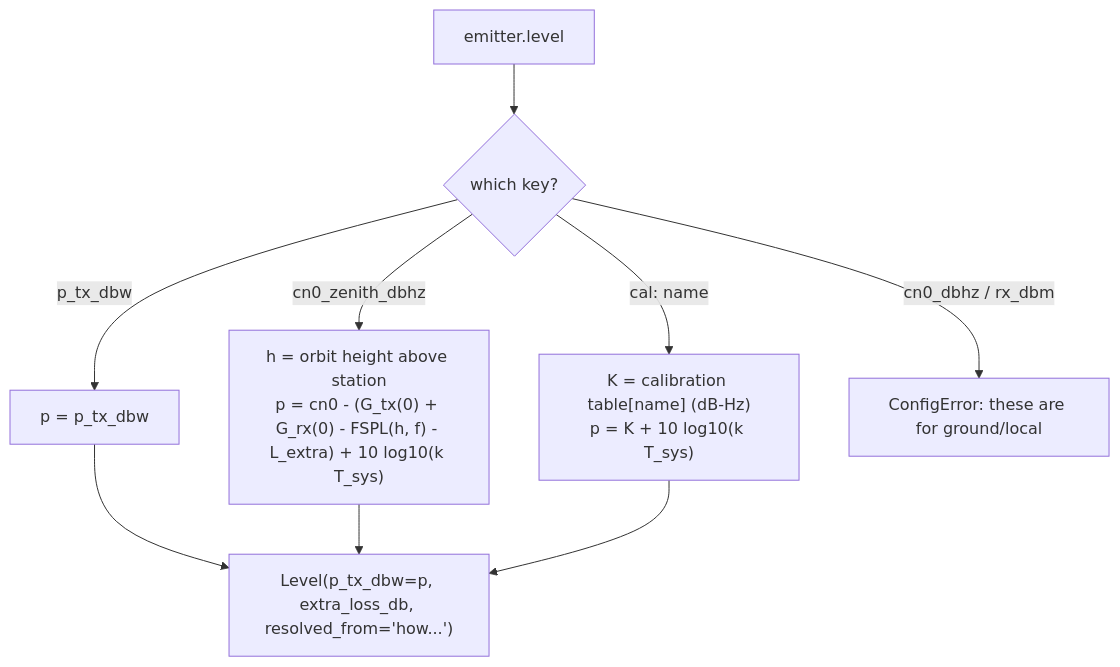
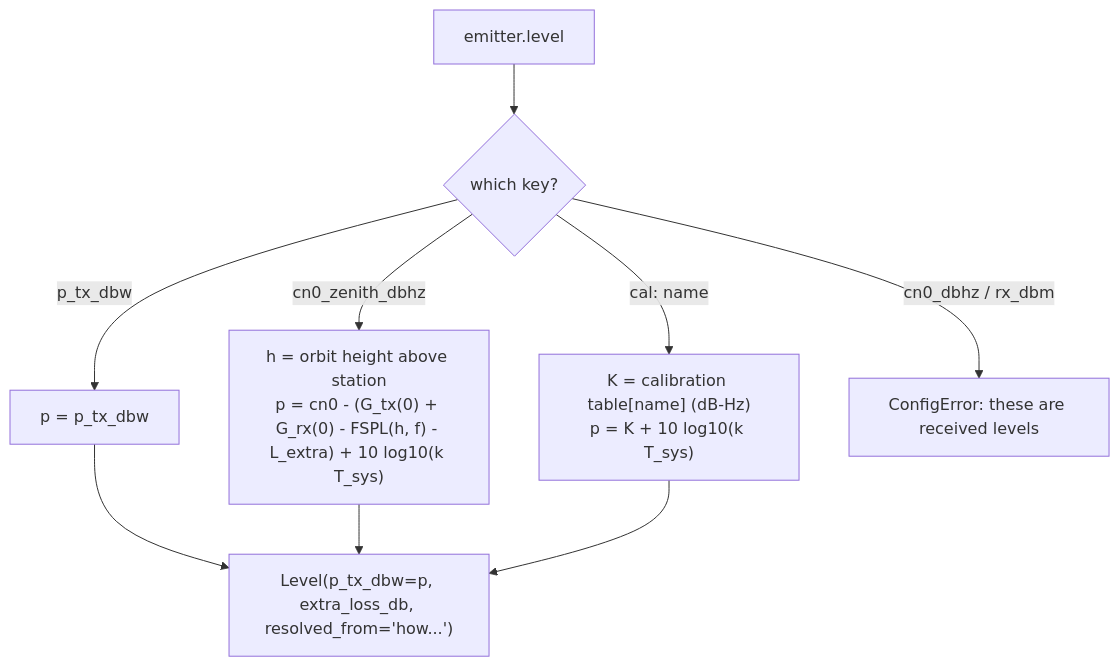
One commit to BUSH222/ASSIST changed the eighth of 23 diagrams in HOW-IT-WORKS.md. Above: the diagram before and after it, drawn with Mermaid. The commit also changed other lines of this file and 142 other files, not shown here.

````diff
--- a/HOW-IT-WORKS.md
+++ b/HOW-IT-WORKS.md
@@ -802,12 +876,12 @@
 ```mermaid
 flowchart TD
     L["emitter.level"] --> Q{"which key?"}
     Q -- "p_tx_dbw" --> P1["p = p_tx_dbw"]
     Q -- "cn0_zenith_dbhz" --> P2["h = orbit height above station<br/>p = cn0 - (G_tx(0) + G_rx(0) - FSPL(h, f) - L_extra) + 10 log10(k T_sys)"]
     Q -- "cal: name" --> P3["K = calibration table[name] (dB-Hz)<br/>p = K + 10 log10(k T_sys)"]
-    Q -- "cn0_dbhz / rx_dbm" --> ERR["ConfigError: these are for ground/local"]
+    Q -- "cn0_dbhz / rx_dbm" --> ERR["ConfigError: these are received levels"]
     P1 --> OUT
     P2 --> OUT
     P3 --> OUT
     OUT["Level(p_tx_dbw=p, extra_loss_db, resolved_from='how...')"]
 ```
````
